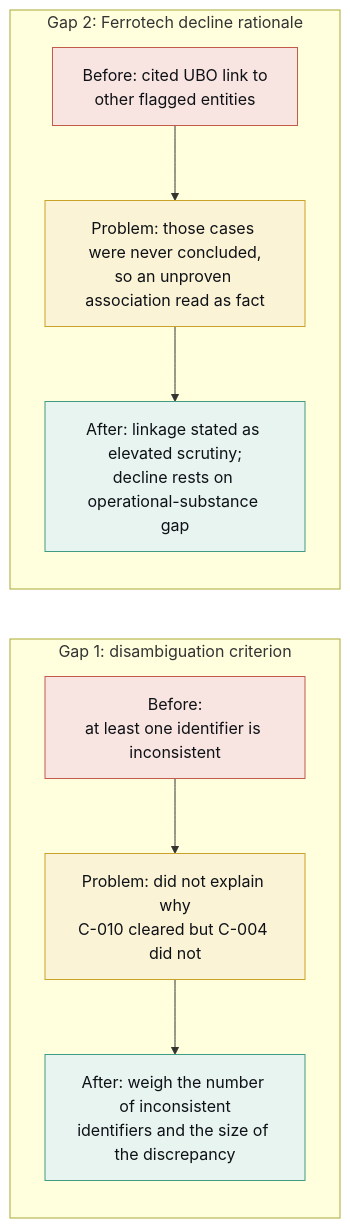
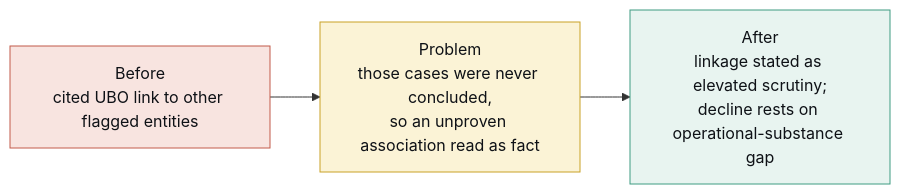
Before and after one commit to TJON-Star/Aldenbrook-Pay-KYB-KYC-Sanctions-Casework-Register: the seventh of 7 diagrams in README.md, drawn with Mermaid. The commit also changed other lines of this file, not shown here.

````diff
--- a/README.md
+++ b/README.md
@@ -137,19 +148,11 @@
 ```mermaid
 flowchart LR
-    subgraph G1["Gap 1: disambiguation criterion"]
-        A1["Before:<br/>at least one identifier is inconsistent"] --> B1["Problem: did not explain why<br/>C-010 cleared but C-004 did not"]
-        B1 --> C1["After: weigh the number of inconsistent<br/>identifiers and the size of the discrepancy"]
-    end
-
-    subgraph G2["Gap 2: Ferrotech decline rationale"]
-        A2["Before: cited UBO link to<br/>other flagged entities"] --> B2["Problem: those cases were never concluded,<br/>so an unproven association read as fact"]
-        B2 --> C2["After: linkage stated as elevated scrutiny;<br/>decline rests on operational-substance gap"]
-    end
+    A2["Before<br/>cited UBO link to other flagged entities"] --> B2["Problem<br/>those cases were never concluded,<br/>so an unproven association read as fact"] --> C2["After<br/>linkage stated as elevated scrutiny;<br/>decline rests on operational-substance gap"]
 
     classDef before fill:#f8e4e0,stroke:#C25B4A,color:#0E1116;
     classDef problem fill:#fbf3d6,stroke:#C9A227,color:#0E1116;
     classDef after fill:#e8f4f0,stroke:#3F9C82,color:#0E1116;
-    class A1,A2 before;
-    class B1,B2 problem;
-    class C1,C2 after;
+    class A2 before;
+    class B2 problem;
+    class C2 after;
 ```
````
